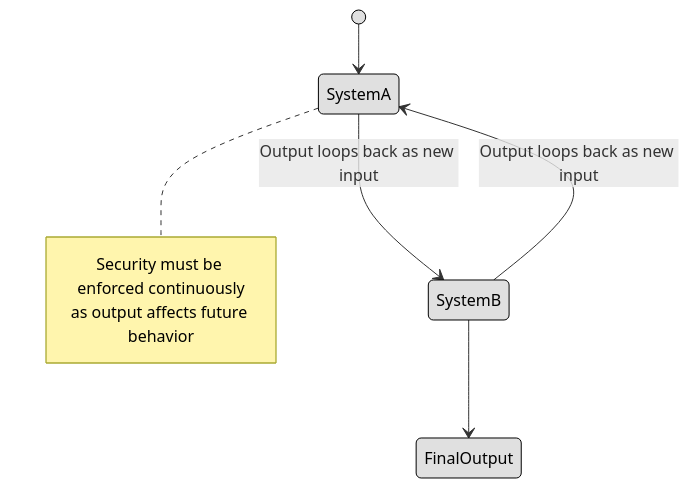
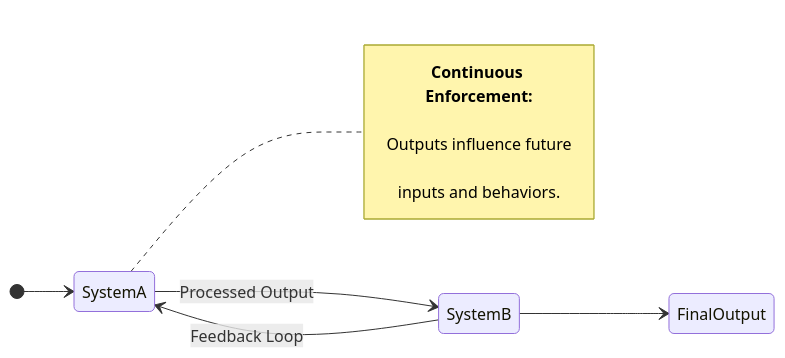
Before and after one commit to lorenzoleonelli/CISSP-Zero-to-Hero: the third of 15 diagrams in DOMAIN3: Security Architecture and Engineering/3.02 Understand the fundamental concepts of security models (e.g. Biba, Star Model, Bell Lapadula).md, drawn with Mermaid. The commit also changed other lines of this file, not shown here.

Commit message:
Update 3.02 Understand the fundamental concepts of security models (e.g. Biba, Star Model, Bell Lapadula).md

````diff
--- a/DOMAIN3: Security Architecture and Engineering/3.02 Understand the fundamental concepts of security models (e.g. Biba, Star Model, Bell Lapadula).md
+++ b/DOMAIN3: Security Architecture and Engineering/3.02 Understand the fundamental concepts of security models (e.g. Biba, Star Model, Bell Lapadula).md
@@ -55,15 +64,15 @@
 ```mermaid
 stateDiagram-v2
+    direction LR
+
     [*] --> SystemA
-    SystemA --> SystemB : Output loops back as new input
-    SystemB --> SystemA : Output loops back as new input
+    SystemA --> SystemB : Processed Output
+    SystemB --> SystemA : Feedback Loop
     SystemB --> FinalOutput
 
     note right of SystemA
-      Security must be enforced continuously
-      as output affects future behavior
+        <b>Continuous Enforcement:</b>
+        <br/>Outputs influence future
+        <br/>inputs and behaviors.
     end note
-
-    classDef center fill:#ffffff,color:#000000,stroke:#000000,stroke-width:1px,font-weight:bold
-    classDef node fill:#e0e0e0,color:#000000,stroke:#000000,stroke-width:1px
 ```
````
